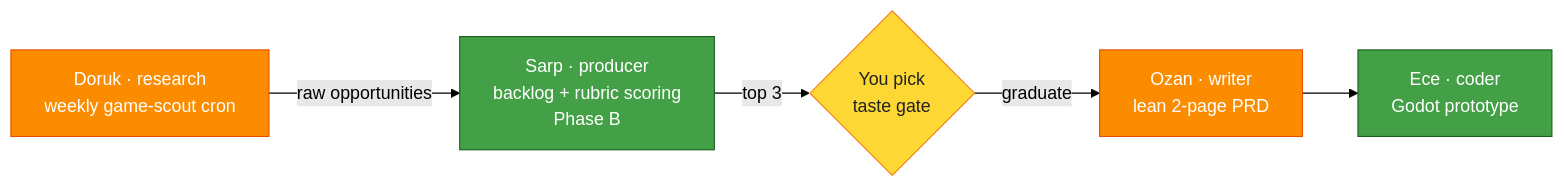
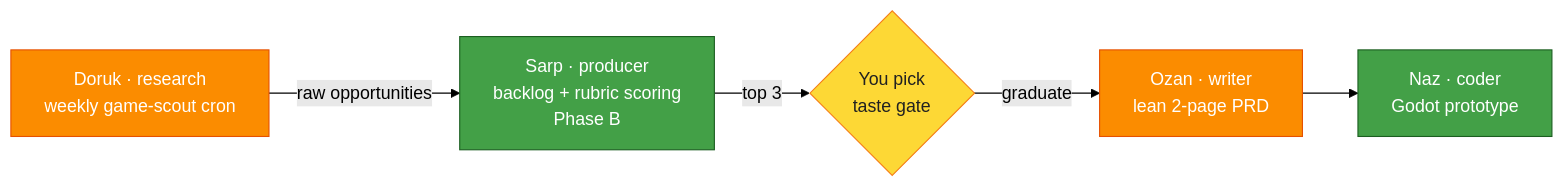
Before and after one commit to mpolatcan/hermes-setup: the diagram in docs/11-game-dev.md, drawn with Mermaid (forest theme). The commit also changed 10 other files, not shown here.

First line of the commit message:
Rename agents: Sila->Derya, Pinar->Nilay, Ece->Naz

````diff
--- a/docs/11-game-dev.md
+++ b/docs/11-game-dev.md
@@ -7,10 +7,10 @@
 ```mermaid
 flowchart LR
     scout["Doruk · research<br/>weekly game-scout cron"]:::codex -->|raw opportunities| backlog["Sarp · producer<br/>backlog + rubric scoring<br/>Phase B"]:::mini
     backlog -->|top 3| pick{"You pick<br/>taste gate"}:::pick
     pick -->|graduate| prd["Ozan · writer<br/>lean 2-page PRD"]:::codex
-    prd --> proto["Ece · coder<br/>Godot prototype"]:::mini
+    prd --> proto["Naz · coder<br/>Godot prototype"]:::mini
     classDef mini fill:#43A047,stroke:#1B5E20,color:#fff
     classDef codex fill:#FB8C00,stroke:#E65100,color:#fff
     classDef pick fill:#FDD835,stroke:#F57F17,color:#212121
 ```
````
